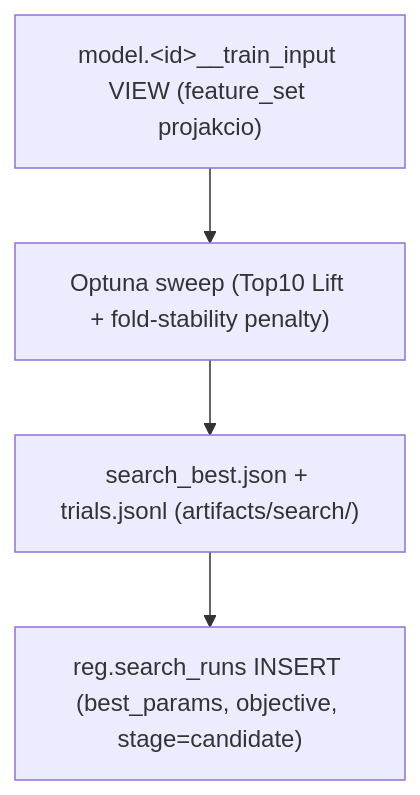
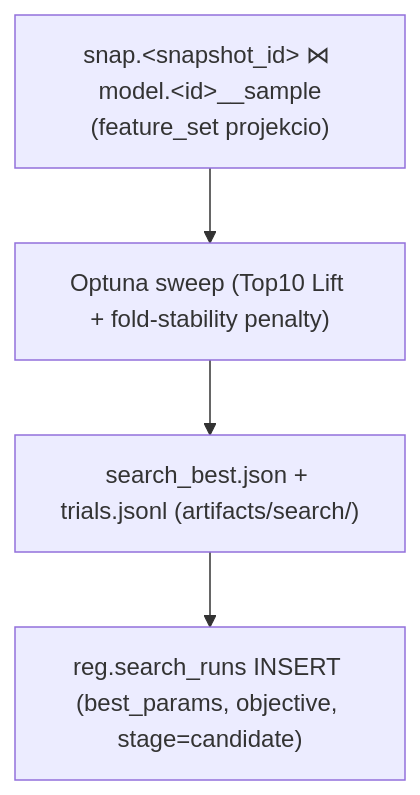
One commit to Nemesis14/chronoquant changed the fifth of 10 diagrams in _doc_/database_and_code_doc/0004_model_lifecycle.md. Above: the diagram before and after it, drawn with Mermaid. The commit also changed other lines of this file and 170 other files, not shown here.

````diff
--- a/_doc_/database_and_code_doc/0004_model_lifecycle.md
+++ b/_doc_/database_and_code_doc/0004_model_lifecycle.md
@@ -120,9 +135,9 @@
 ```mermaid
 flowchart TD
-  TV["model.&lt;id&gt;__train_input VIEW (feature_set projakcio)"]
+  TV["snap.&lt;snapshot_id&gt; ⋈ model.&lt;id&gt;__sample\n(feature_set projekcio)"]
   OPT["Optuna sweep (Top10 Lift + fold-stability penalty)"]
   BEST["search_best.json + trials.jsonl (artifacts/search/)"]
   SR["reg.search_runs INSERT (best_params, objective, stage=candidate)"]
 
   TV --> OPT --> BEST --> SR
 ```
````
